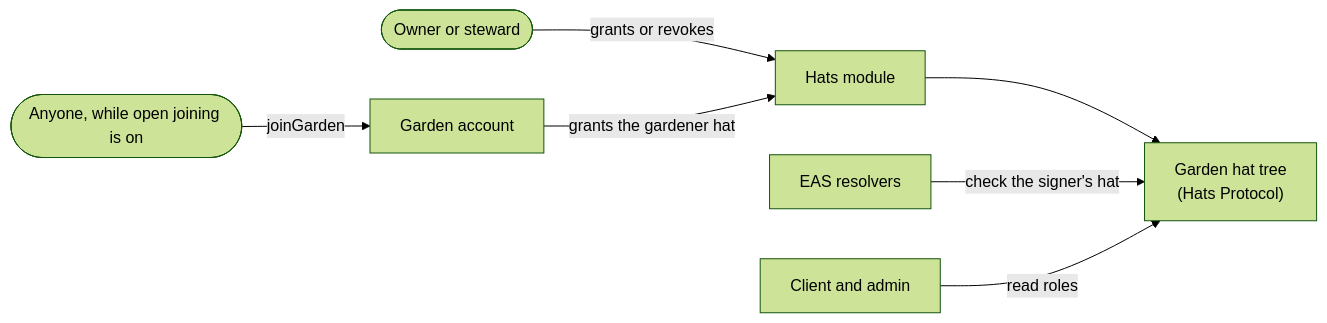
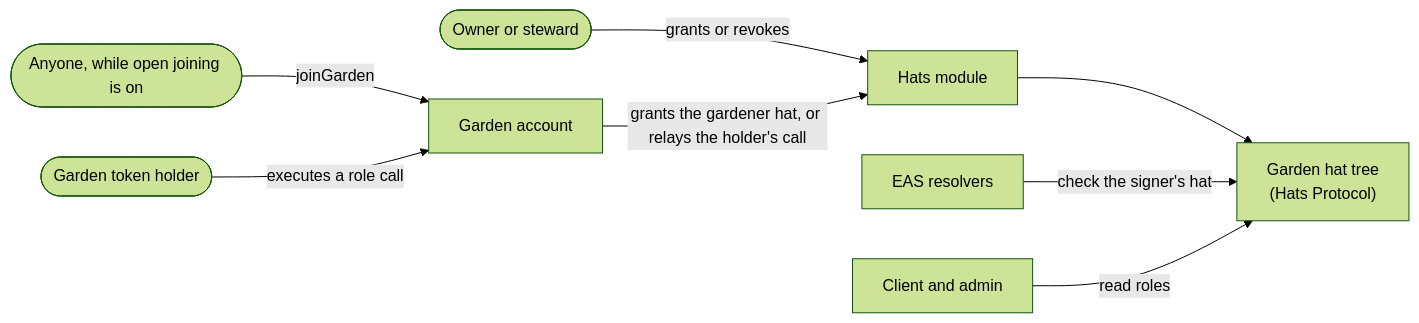
The diagram in docs/docs/builders/integrations/hats.mdx (greenpill-dev-guild/green-goods), drawn with Mermaid (forest theme) before and after one commit. The commit also changed other lines of this file and 8 other files, not shown here.

````diff
--- a/docs/docs/builders/integrations/hats.mdx
+++ b/docs/docs/builders/integrations/hats.mdx
@@ -43,9 +51,10 @@
 ```mermaid
 flowchart LR
   steward([Owner or steward]) -->|grants or revokes| module["Hats module"]
   joiner([Anyone, while open joining is on]) -->|joinGarden| account["Garden account"]
-  account -->|grants the gardener hat| module
+  holder([Garden token holder]) -->|executes a role call| account
+  account -->|grants the gardener hat, or relays the holder's call| module
   module --> tree["Garden hat tree<br/>(Hats Protocol)"]
   resolvers["EAS resolvers"] -->|check the signer's hat| tree
   apps["Client and admin"] -->|read roles| tree
 ```
````
